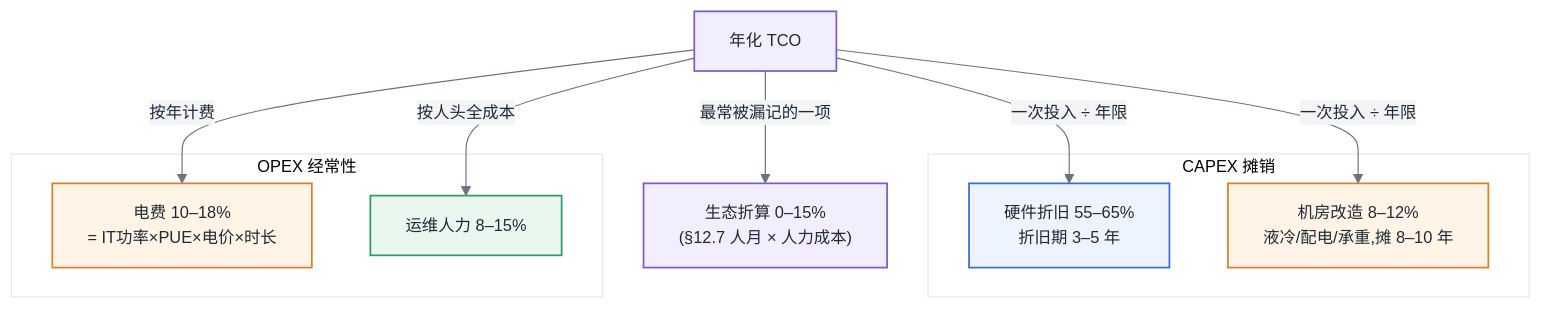
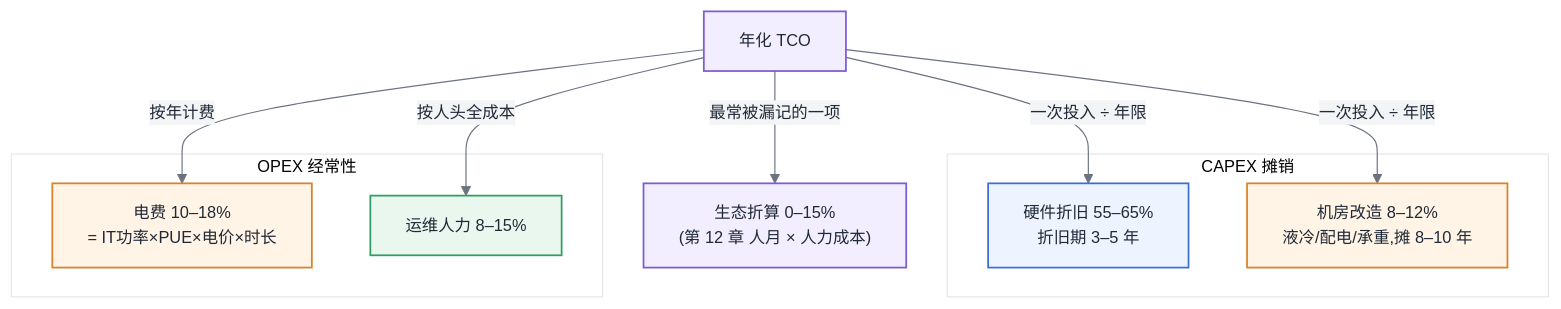
One commit to cdavid817/AI-Infra changed the third of 4 diagrams in 第七部分-工程化与治理/第31章-容量、成本与SLO.md. Above: the diagram before and after it, drawn with Mermaid. The commit also changed other lines of this file and 12 other files, not shown here.

Commit message:
mermaid 图内不再出现 §X.Y 小节引用:本章自引删除,跨章引用改为「第 X 章」表述(13 文件 28 处)

````diff
--- a/第七部分-工程化与治理/第31章-容量、成本与SLO.md
+++ b/第七部分-工程化与治理/第31章-容量、成本与SLO.md
@@ -186,29 +186,29 @@
 ```mermaid
 %%{init: {'theme':'base','themeVariables':{
   'primaryColor':'#EEF4FF','primaryBorderColor':'#3B6FD4','primaryTextColor':'#1F2937',
   'secondaryColor':'#F3F4F6','tertiaryColor':'#FFFFFF',
   'lineColor':'#6B7280','fontFamily':'-apple-system, Segoe UI, Helvetica, Arial, sans-serif','fontSize':'14px'
 }}}%%
 flowchart TB
   classDef compute fill:#EEF4FF,stroke:#3B6FD4,stroke-width:1.5px,color:#1F2937
   classDef storage fill:#E9F7EF,stroke:#2E9E64,stroke-width:1.5px,color:#1F2937
   classDef comm fill:#FFF4E5,stroke:#D9822B,stroke-width:1.5px,color:#1F2937
   classDef control fill:#F3EEFF,stroke:#7C5CD4,stroke-width:1.5px,color:#1F2937
   classDef bottleneck fill:#FDECEC,stroke:#D64545,stroke-width:1.5px,color:#1F2937
 
   TCO["年化 TCO"]:::control
   subgraph capex["CAPEX 摊销"]
     HW["硬件折旧 55–65%<br/>折旧期 3–5 年"]:::compute
     FAC["机房改造 8–12%<br/>液冷/配电/承重,摊 8–10 年"]:::comm
   end
   subgraph opex["OPEX 经常性"]
     PWRC["电费 10–18%<br/>= IT功率×PUE×电价×时长"]:::comm
     OPS["运维人力 8–15%"]:::storage
   end
-  ECO["生态折算 0–15%<br/>(§12.7 人月 × 人力成本)"]:::control
+  ECO["生态折算 0–15%<br/>(第 12 章 人月 × 人力成本)"]:::control
   TCO -->|"一次投入 ÷ 年限"| HW
   TCO -->|"一次投入 ÷ 年限"| FAC
   TCO -->|"按年计费"| PWRC
   TCO -->|"按人头全成本"| OPS
   TCO -->|"最常被漏记的一项"| ECO
 ```
````
